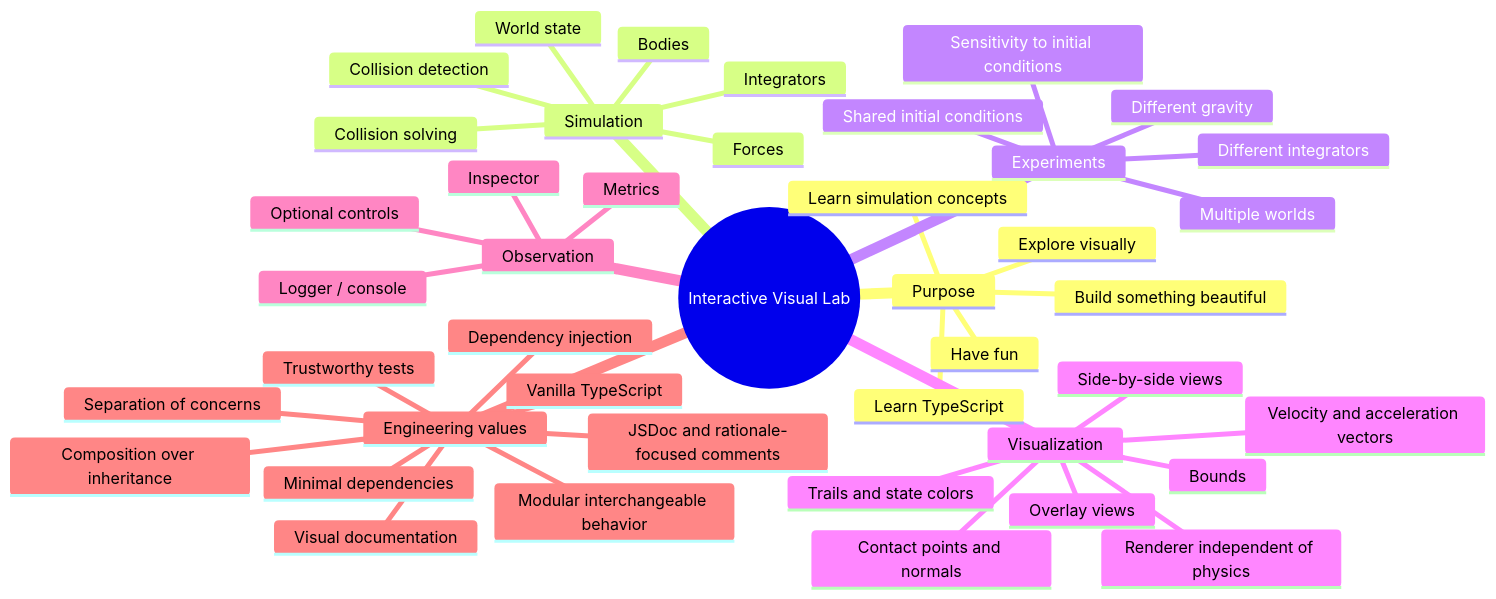
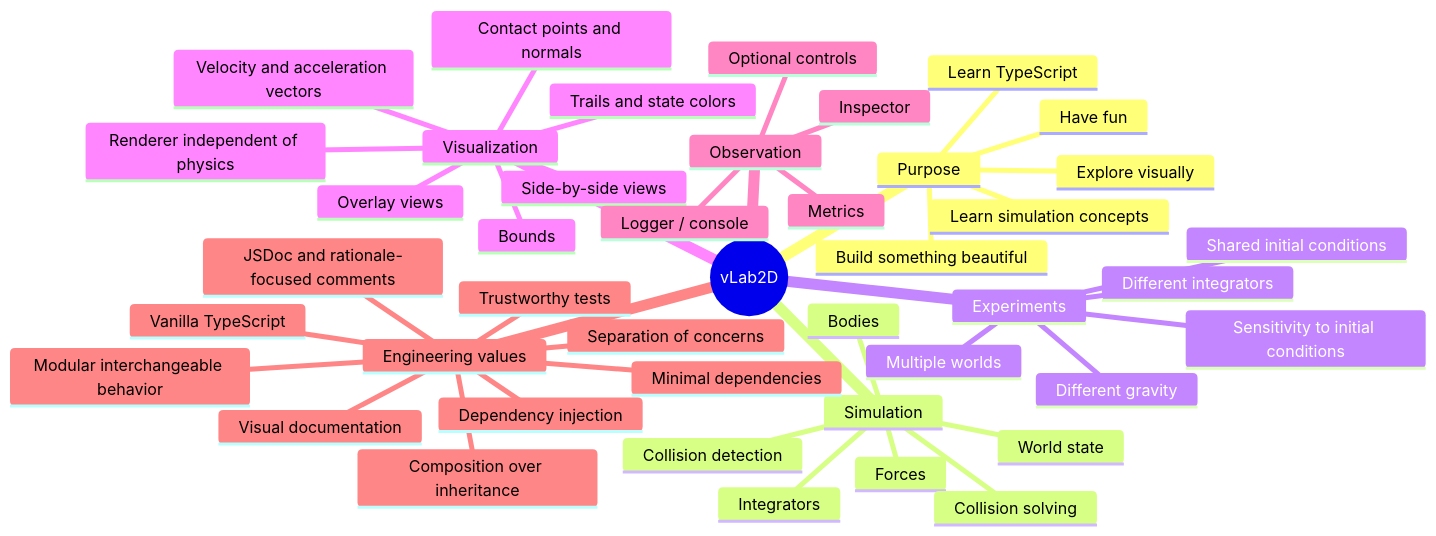
One commit to fa-ribeiro/vLab2D changed the first of 4 diagrams in docs/project/project-map.md. Above: the diagram before and after it, drawn with Mermaid. The commit also changed other lines of this file and 7 other files, not shown here.

````diff
--- a/docs/project/project-map.md
+++ b/docs/project/project-map.md
@@ -7,46 +7,46 @@
 ```mermaid
 mindmap
-  root((Interactive Visual Lab))
+  root((vLab2D))
     Purpose
       Learn TypeScript
       Learn simulation concepts
       Have fun
       Build something beautiful
       Explore visually
     Simulation
       World state
       Bodies
       Forces
       Integrators
       Collision detection
       Collision solving
     Experiments
       Multiple worlds
       Shared initial conditions
       Different gravity
       Different integrators
       Sensitivity to initial conditions
     Visualization
       Renderer independent of physics
       Velocity and acceleration vectors
       Bounds
       Contact points and normals
       Trails and state colors
       Side-by-side views
       Overlay views
     Observation
       Optional controls
       Inspector
       Logger / console
       Metrics
     Engineering values
       Vanilla TypeScript
       Minimal dependencies
       Separation of concerns
       Dependency injection
       Composition over inheritance
       Modular interchangeable behavior
       JSDoc and rationale-focused comments
       Trustworthy tests
       Visual documentation
 ```
````
